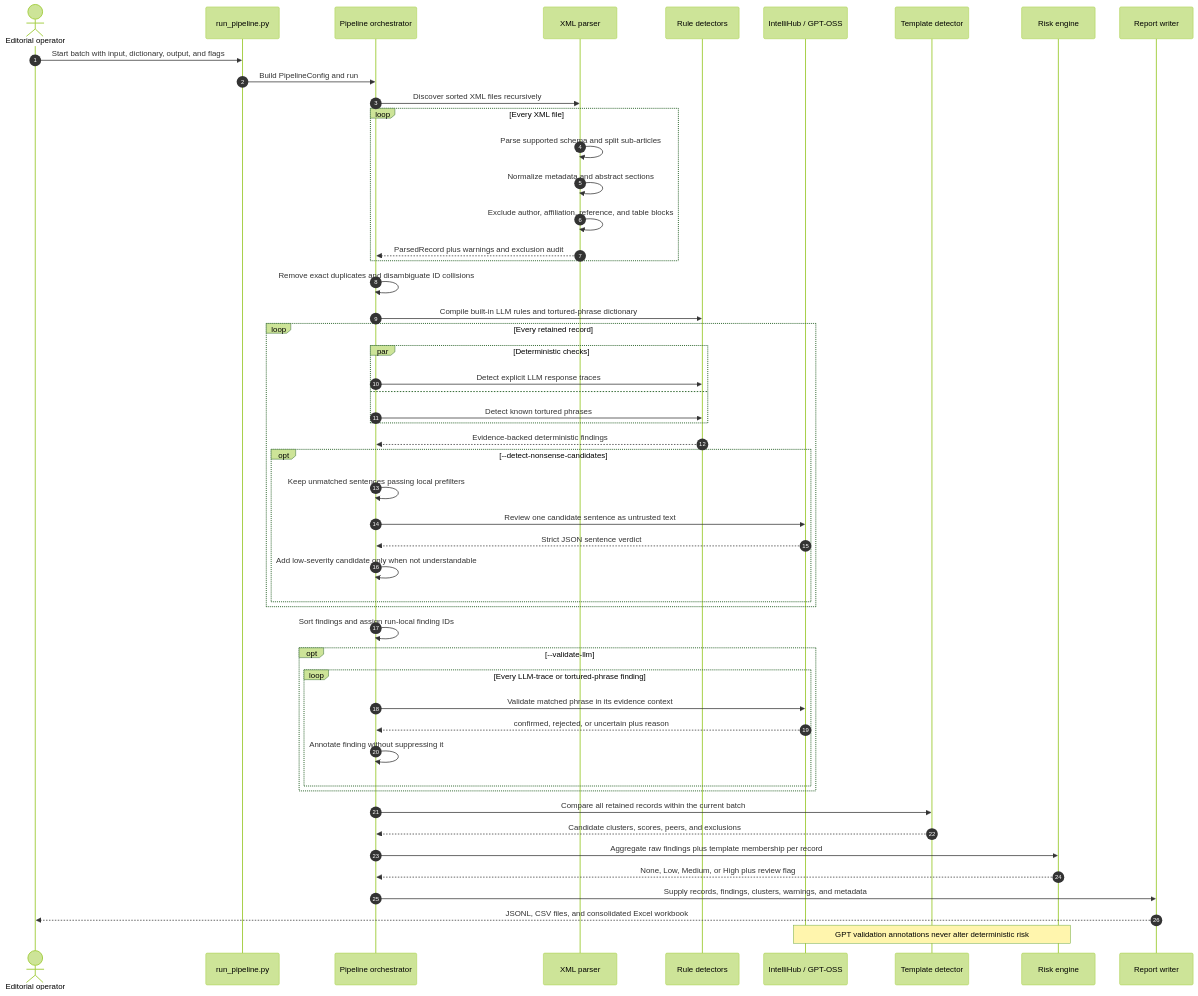
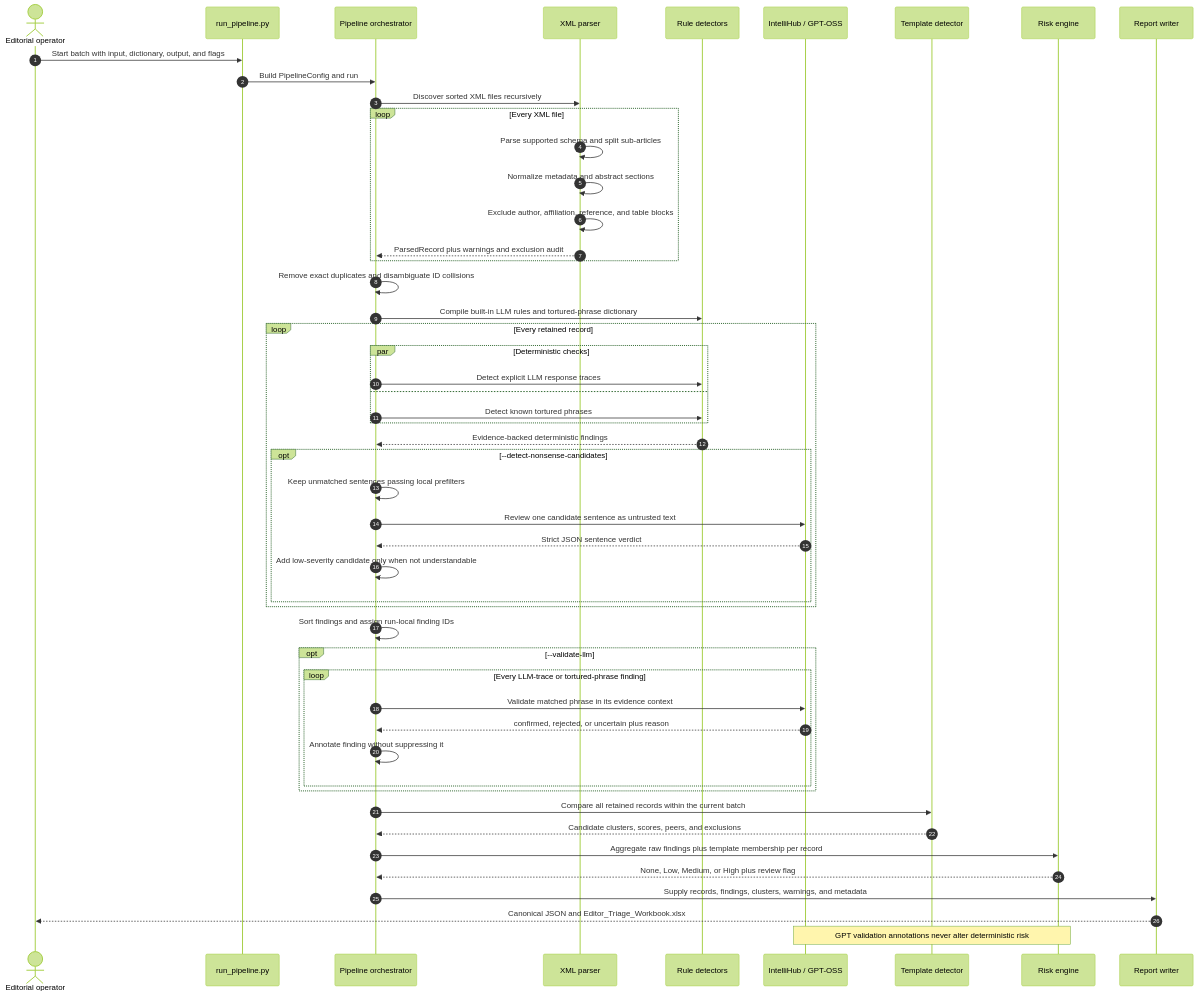
The diagram in docs/diagrams/workflow.mmd (pavan-182/content_integrity_checks), drawn with Mermaid (forest theme) before and after one commit. The commit also changed 17 other files, not shown here.

Commit message:
• fix: merge content integrity schema and hide nonsense/high-confidence flags

```diff
--- a/docs/diagrams/workflow.mmd
+++ b/docs/diagrams/workflow.mmd
@@ -1,60 +1,60 @@
 sequenceDiagram
     autonumber
     actor Editor as Editorial operator
     participant CLI as run_pipeline.py
     participant Pipeline as Pipeline orchestrator
     participant Parser as XML parser
     participant Rules as Rule detectors
     participant GPT as IntelliHub / GPT-OSS
     participant Templates as Template detector
     participant Risk as Risk engine
     participant Reports as Report writer
 
     Editor->>CLI: Start batch with input, dictionary, output, and flags
     CLI->>Pipeline: Build PipelineConfig and run
     Pipeline->>Parser: Discover sorted XML files recursively
 
     loop Every XML file
         Parser->>Parser: Parse supported schema and split sub-articles
         Parser->>Parser: Normalize metadata and abstract sections
         Parser->>Parser: Exclude author, affiliation, reference, and table blocks
         Parser-->>Pipeline: ParsedRecord plus warnings and exclusion audit
     end
 
     Pipeline->>Pipeline: Remove exact duplicates and disambiguate ID collisions
     Pipeline->>Rules: Compile built-in LLM rules and tortured-phrase dictionary
 
     loop Every retained record
         par Deterministic checks
             Pipeline->>Rules: Detect explicit LLM response traces
         and
             Pipeline->>Rules: Detect known tortured phrases
         end
         Rules-->>Pipeline: Evidence-backed deterministic findings
 
         opt --detect-nonsense-candidates
             Pipeline->>Pipeline: Keep unmatched sentences passing local prefilters
             Pipeline->>GPT: Review one candidate sentence as untrusted text
             GPT-->>Pipeline: Strict JSON sentence verdict
             Pipeline->>Pipeline: Add low-severity candidate only when not understandable
         end
     end
 
     Pipeline->>Pipeline: Sort findings and assign run-local finding IDs
 
     opt --validate-llm
         loop Every LLM-trace or tortured-phrase finding
             Pipeline->>GPT: Validate matched phrase in its evidence context
             GPT-->>Pipeline: confirmed, rejected, or uncertain plus reason
             Pipeline->>Pipeline: Annotate finding without suppressing it
         end
     end
 
     Pipeline->>Templates: Compare all retained records within the current batch
     Templates-->>Pipeline: Candidate clusters, scores, peers, and exclusions
     Pipeline->>Risk: Aggregate raw findings plus template membership per record
     Risk-->>Pipeline: None, Low, Medium, or High plus review flag
     Pipeline->>Reports: Supply records, findings, clusters, warnings, and metadata
-    Reports-->>Editor: JSONL, CSV files, and consolidated Excel workbook
+    Reports-->>Editor: Canonical JSON and Editor_Triage_Workbook.xlsx
 
     Note over GPT,Risk: GPT validation annotations never alter deterministic risk
```
